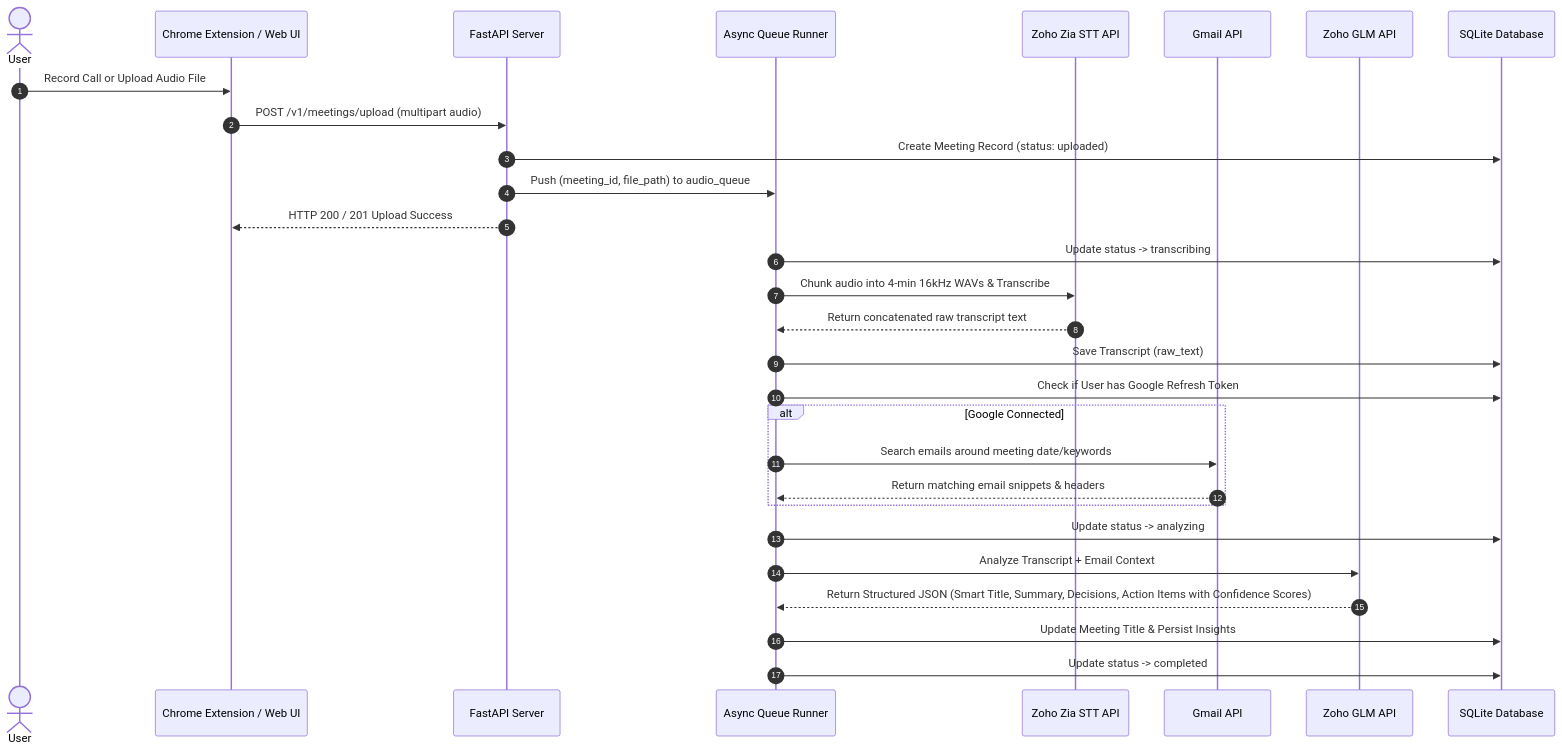
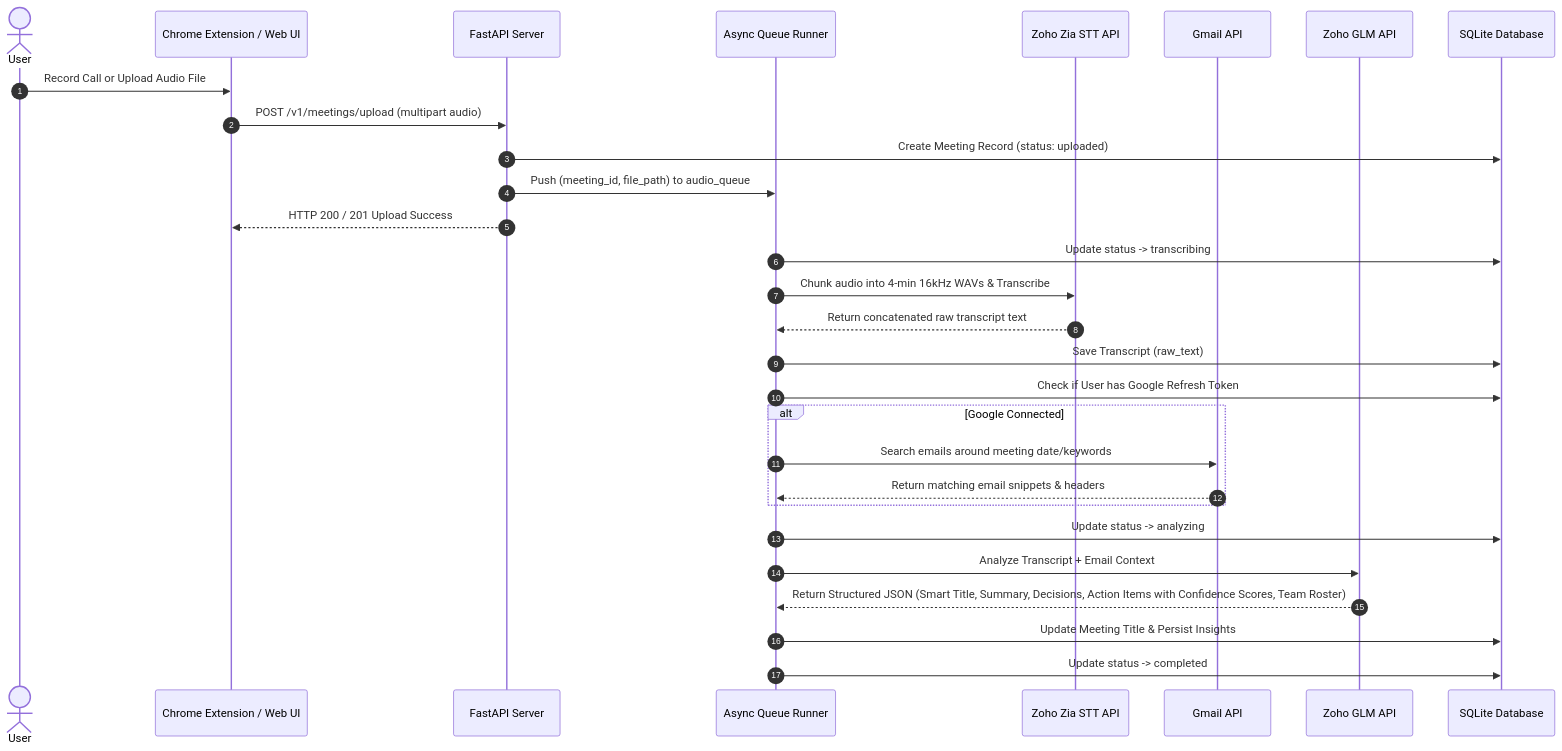
One commit to adarsh-v-h/MeetInMin changed the second of 4 diagrams in Docs/ARCHITECTURE.md. Above: the diagram before and after it, drawn with Mermaid. The commit also changed other lines of this file and 1 other file, not shown here.

Commit message:
docs: update system architecture and README with Project Team Roster & Role Intelligence specifications

````diff
--- a/Docs/ARCHITECTURE.md
+++ b/Docs/ARCHITECTURE.md
@@ -75,35 +77,35 @@
 ```mermaid
 sequenceDiagram
     autonumber
     actor User
     participant Ext as Chrome Extension / Web UI
     participant API as FastAPI Server
     participant Queue as Async Queue Runner
     participant STT as Zoho Zia STT API
     participant Gmail as Gmail API
     participant GLM as Zoho GLM API
     participant DB as SQLite Database
 
     User->>Ext: Record Call or Upload Audio File
     Ext->>API: POST /v1/meetings/upload (multipart audio)
     API->>DB: Create Meeting Record (status: uploaded)
     API->>Queue: Push (meeting_id, file_path) to audio_queue
     API-->>Ext: HTTP 200 / 201 Upload Success
 
     Queue->>DB: Update status -> transcribing
     Queue->>STT: Chunk audio into 4-min 16kHz WAVs & Transcribe
     STT-->>Queue: Return concatenated raw transcript text
     Queue->>DB: Save Transcript (raw_text)
 
     Queue->>DB: Check if User has Google Refresh Token
     alt Google Connected
         Queue->>Gmail: Search emails around meeting date/keywords
         Gmail-->>Queue: Return matching email snippets & headers
     end
 
     Queue->>DB: Update status -> analyzing
     Queue->>GLM: Analyze Transcript + Email Context
-    GLM-->>Queue: Return Structured JSON (Smart Title, Summary, Decisions, Action Items with Confidence Scores)
+    GLM-->>Queue: Return Structured JSON (Smart Title, Summary, Decisions, Action Items with Confidence Scores, Team Roster)
     Queue->>DB: Update Meeting Title & Persist Insights
     Queue->>DB: Update status -> completed
 ```
````
